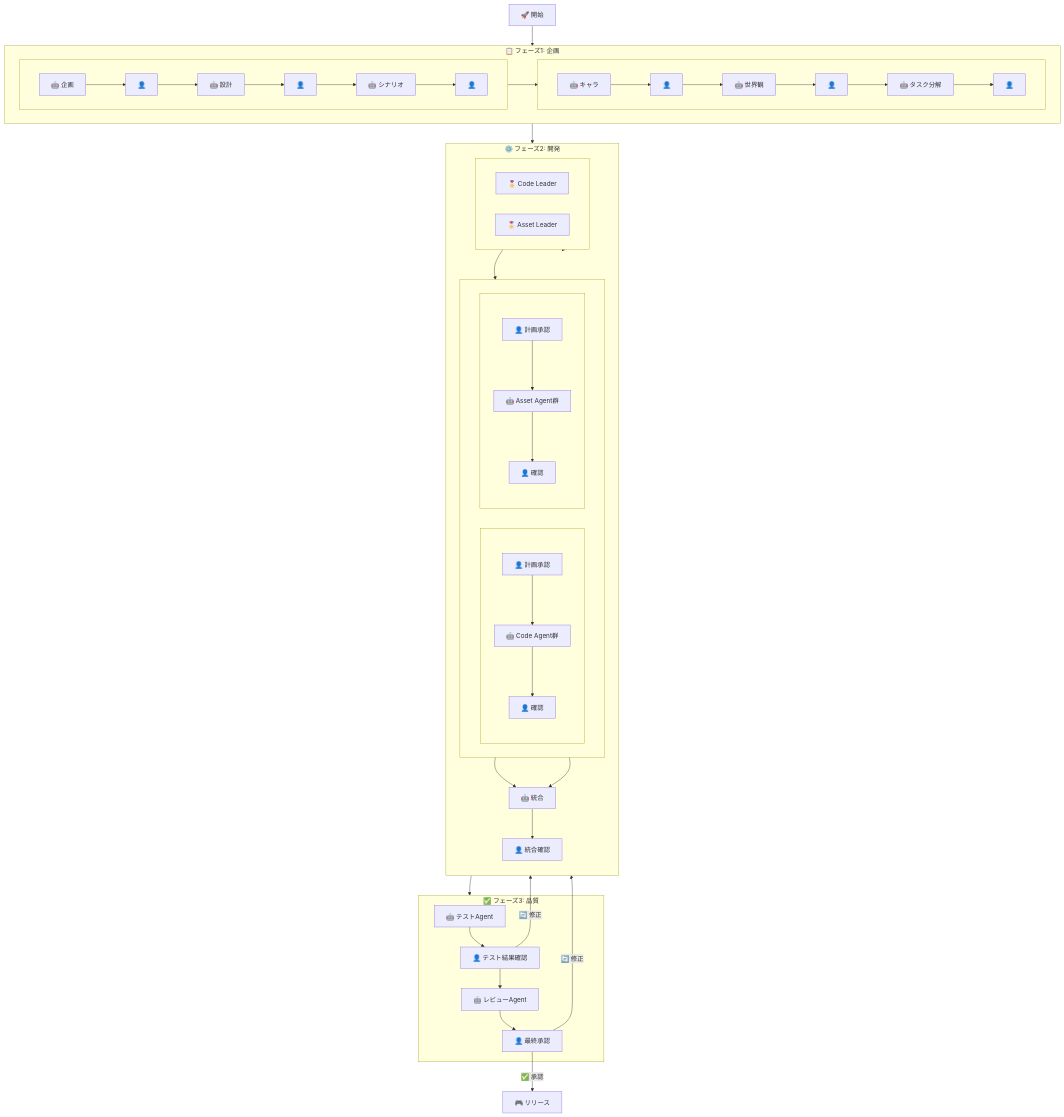
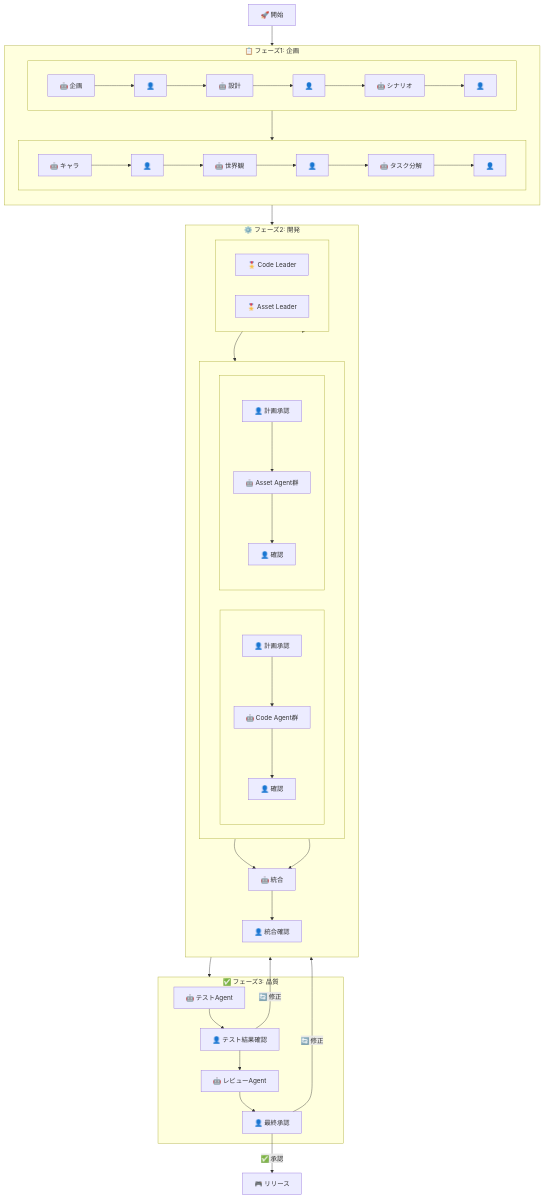
The first of 14 diagrams in langgraph/ARCHITECTURE.md (new-sankaku/toybox), drawn with Mermaid before and after one commit.

Commit message:
Fix Phase 1 layout: use TB direction to stack rows vertically

````diff
--- a/langgraph/ARCHITECTURE.md
+++ b/langgraph/ARCHITECTURE.md
@@ -27,72 +27,72 @@
 ```mermaid
 flowchart TB
     Start["🚀 開始"]
 
     Start --> Phase1
 
     subgraph Phase1["📋 フェーズ1: 企画"]
-        direction LR
+        direction TB
         subgraph Row1[" "]
             direction LR
             P1["🤖 企画"] --> H1["👤"]
             H1 --> P2["🤖 設計"] --> H2["👤"]
             H2 --> P3["🤖 シナリオ"] --> H3["👤"]
         end
         subgraph Row2[" "]
             direction LR
             P4["🤖 キャラ"] --> H4["👤"]
             H4 --> P5["🤖 世界観"] --> H5["👤"]
             H5 --> P6["🤖 タスク分解"] --> H6["👤"]
         end
         Row1 --> Row2
     end
 
     Phase1 --> Phase2
 
     subgraph Phase2["⚙️ フェーズ2: 開発"]
         direction TB
         subgraph Leaders[" "]
             direction LR
             CL["🎖️ Code Leader"]
             AL["🎖️ Asset Leader"]
         end
 
         subgraph Work[" "]
             direction LR
             subgraph CodeSide[" "]
                 direction TB
                 HCL["👤 計画承認"]
                 CodeWork["🤖 Code Agent群"]
                 HCode["👤 確認"]
                 HCL --> CodeWork --> HCode
             end
             subgraph AssetSide[" "]
                 direction TB
                 HAL["👤 計画承認"]
                 AssetWork["🤖 Asset Agent群"]
                 HAsset["👤 確認"]
                 HAL --> AssetWork --> HAsset
             end
         end
 
         CL --> CodeSide
         AL --> AssetSide
 
         HCode --> Integration["🤖 統合"]
         HAsset --> Integration
         Integration --> HInt["👤 統合確認"]
     end
 
     HInt --> Phase3
 
     subgraph Phase3["✅ フェーズ3: 品質"]
         T1["🤖 テストAgent"]
         T1 --> HT["👤 テスト結果確認"]
         HT --> R1["🤖 レビューAgent"]
         R1 --> HFinal["👤 最終承認"]
     end
 
     HFinal -->|"✅ 承認"| Done["🎮 リリース"]
     HFinal -->|"🔄 修正"| Phase2
     HT -->|"🔄 修正"| Phase2
 ```
````
